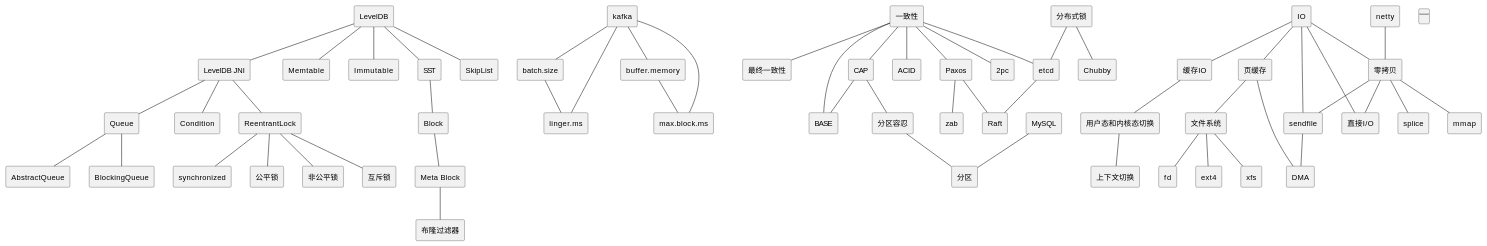
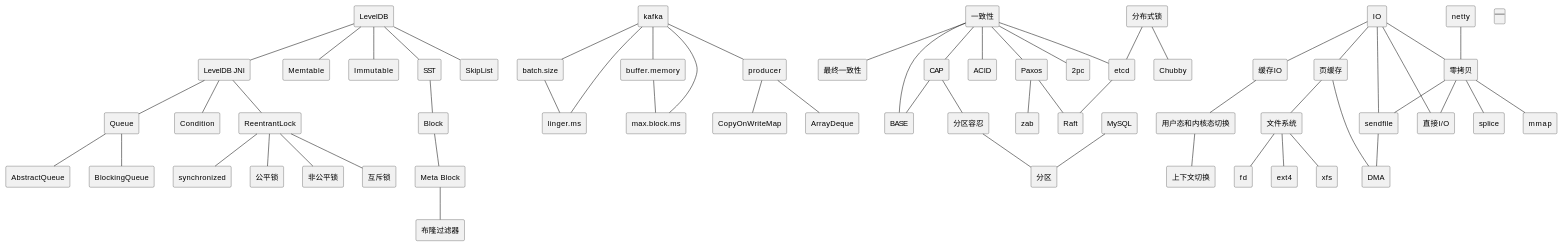
Before and after one commit to wiloon/blog: the diagram in content/post/archive-1/2015-08-06-dev.md, drawn with PlantUML. The commit also changed 5 other files, not shown here.

```diff
--- a/content/post/archive-1/2015-08-06-dev.md
+++ b/content/post/archive-1/2015-08-06-dev.md
@@ -123,6 +123,12 @@
 [linger.ms] as linger_ms
 kafka--linger_ms
 batch_size--linger_ms
+[CopyOnWriteMap]
+[producer]
+kafka--producer
+producer--CopyOnWriteMap
+[ArrayDeque]
+producer--ArrayDeque
 
 [Queue] as queue
 leveldb_jni--queue
```
